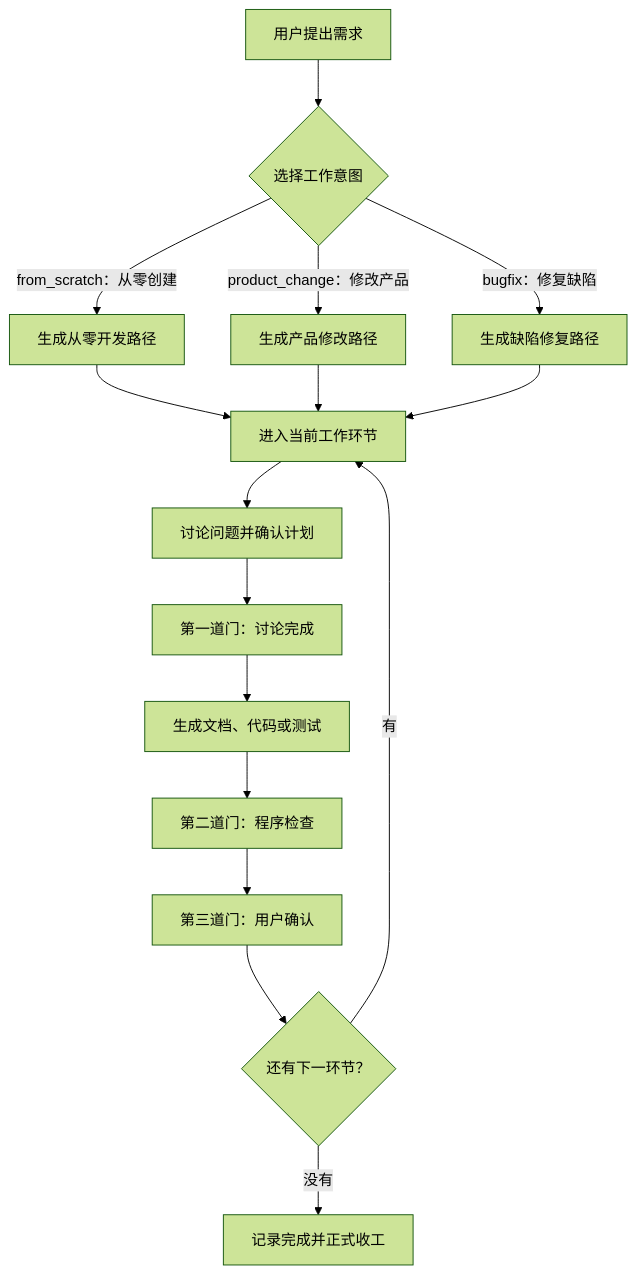
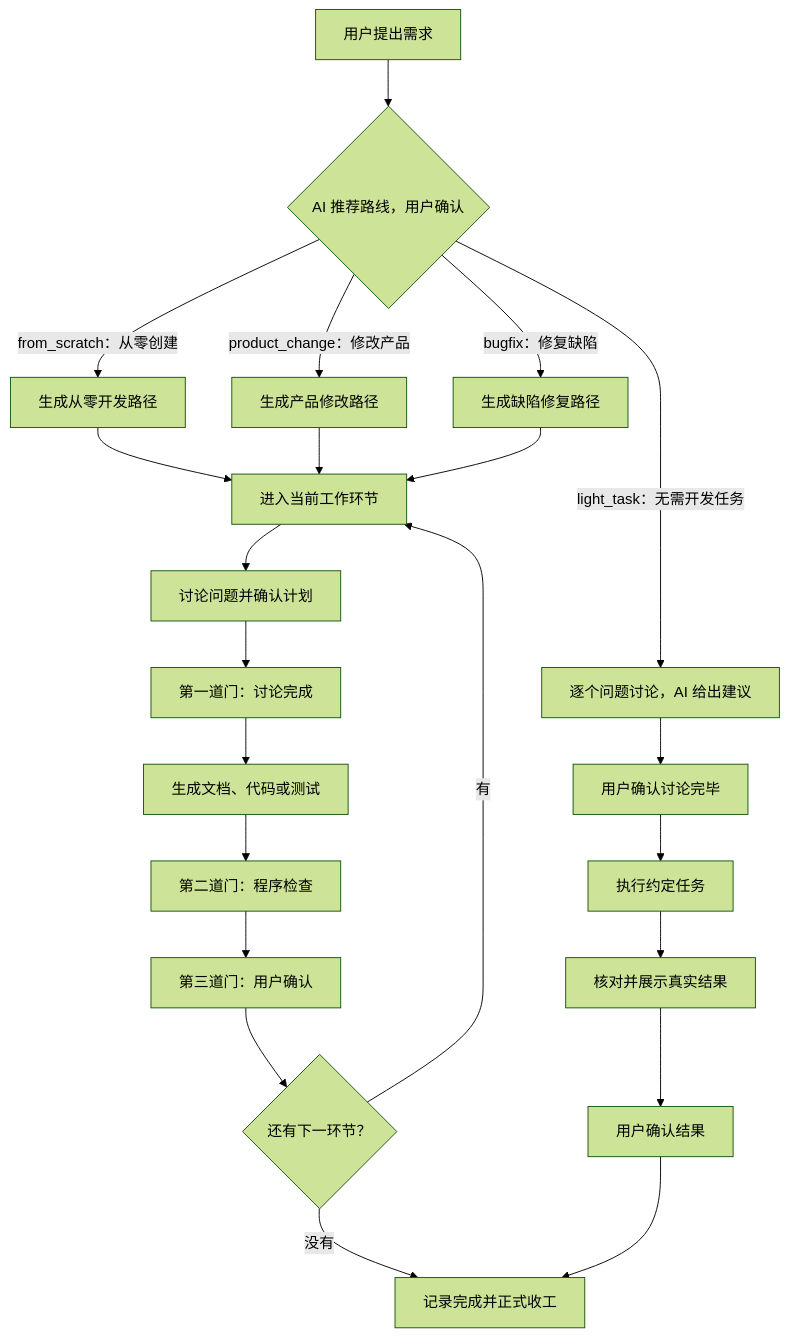
Before and after one commit to yuzyf/workflow_loop: the diagram in README.md, drawn with Mermaid (forest theme). The commit also changed other lines of this file and 124 other files, not shown here.

Commit message:
完善 light task 流程与文档

````diff
--- a/README.md
+++ b/README.md
@@ -33,18 +33,24 @@
 ```mermaid
 flowchart TD
-    A["用户提出需求"] --> B{"选择工作意图"}
+    A["用户提出需求"] --> B{"AI 推荐路线，用户确认"}
     B -->|"from_scratch：从零创建"| C1["生成从零开发路径"]
     B -->|"product_change：修改产品"| C2["生成产品修改路径"]
     B -->|"bugfix：修复缺陷"| C3["生成缺陷修复路径"]
+    B -->|"light_task：无需开发任务"| L1["逐个问题讨论，AI 给出建议"]
     C1 --> D["进入当前工作环节"]
     C2 --> D
     C3 --> D
     D --> E["讨论问题并确认计划"]
     E --> F["第一道门：讨论完成"]
     F --> G["生成文档、代码或测试"]
     G --> H["第二道门：程序检查"]
     H --> I["第三道门：用户确认"]
     I --> J{"还有下一环节？"}
     J -->|"有"| D
     J -->|"没有"| K["记录完成并正式收工"]
+    L1 --> L2["用户确认讨论完毕"]
+    L2 --> L3["执行约定任务"]
+    L3 --> L4["核对并展示真实结果"]
+    L4 --> L5["用户确认结果"]
+    L5 --> K
 ```
````
